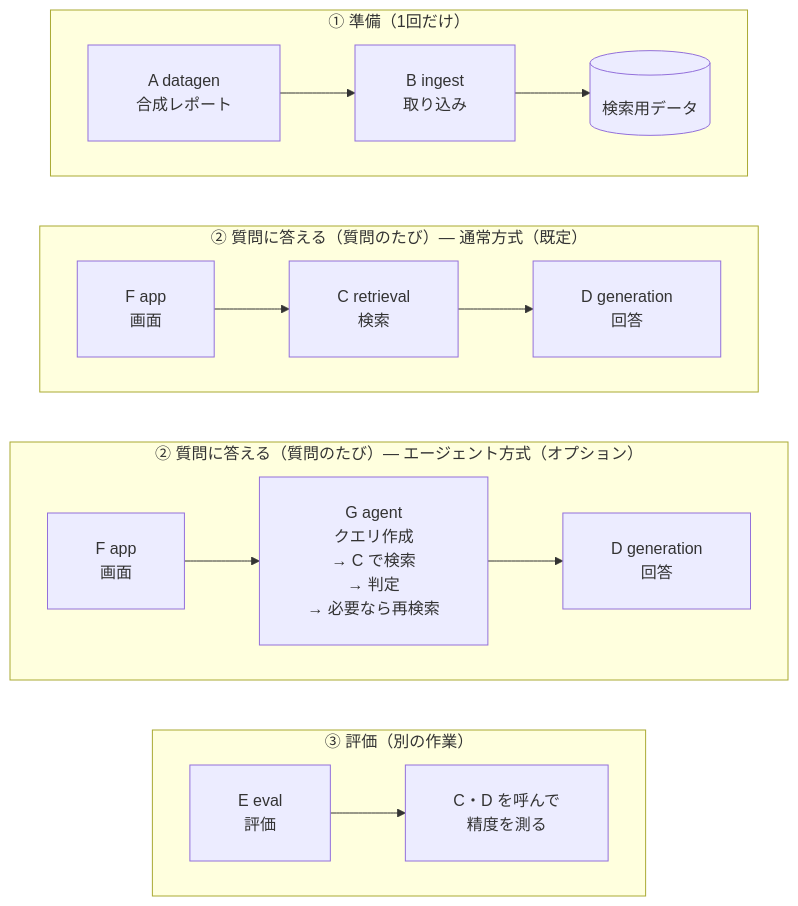
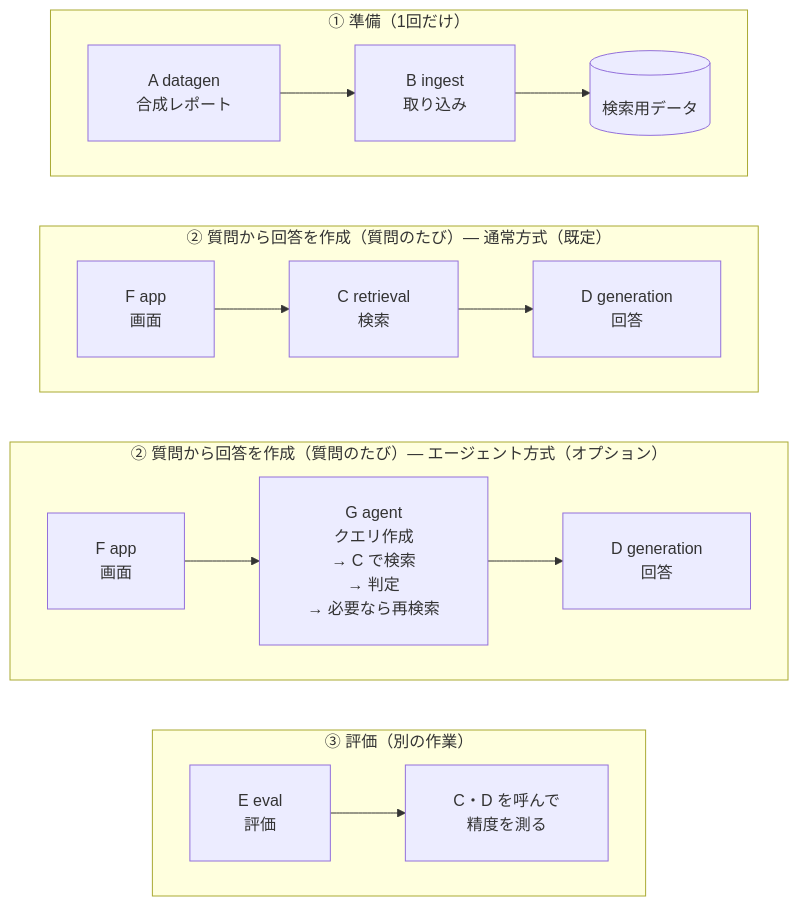
One commit to satoshi-abe-dev/silo-rag changed the first of 3 diagrams in README_ja.md. Above: the diagram before and after it, drawn with Mermaid. The commit also changed other lines of this file and 1 other file, not shown here.

Commit message:
Call part 2 'create an answer from the question'

````diff
--- a/README_ja.md
+++ b/README_ja.md
@@ -125,23 +125,23 @@
 ```mermaid
 %%{init: {"flowchart": {"padding": 24, "wrappingWidth": 400}}}%%
 graph TB
     subgraph prep["① 準備（1回だけ）"]
         direction LR
         A["A datagen<br/>合成レポート"] --> B["B ingest<br/>取り込み"] --> DB[("検索用データ")]
     end
-    subgraph plain["② 質問に答える（質問のたび）― 通常方式（既定）"]
+    subgraph plain["② 質問から回答を作成（質問のたび）― 通常方式（既定）"]
         direction LR
         F1["F app<br/>画面"] --> C1["C retrieval<br/>検索"] --> D1["D generation<br/>回答"]
     end
-    subgraph agent["② 質問に答える（質問のたび）― エージェント方式（オプション）"]
+    subgraph agent["② 質問から回答を作成（質問のたび）― エージェント方式（オプション）"]
         direction LR
         F2["F app<br/>画面"] --> G["G agent<br/>クエリ作成<br/>→ C で検索<br/>→ 判定<br/>→ 必要なら再検索"] --> D2["D generation<br/>回答"]
     end
     subgraph ev["③ 評価（別の作業）"]
         direction LR
         E["E eval<br/>評価"] --> CD["C・D を呼んで<br/>精度を測る"]
     end
     prep ~~~ plain
     plain ~~~ agent
     agent ~~~ ev
 ```
````
